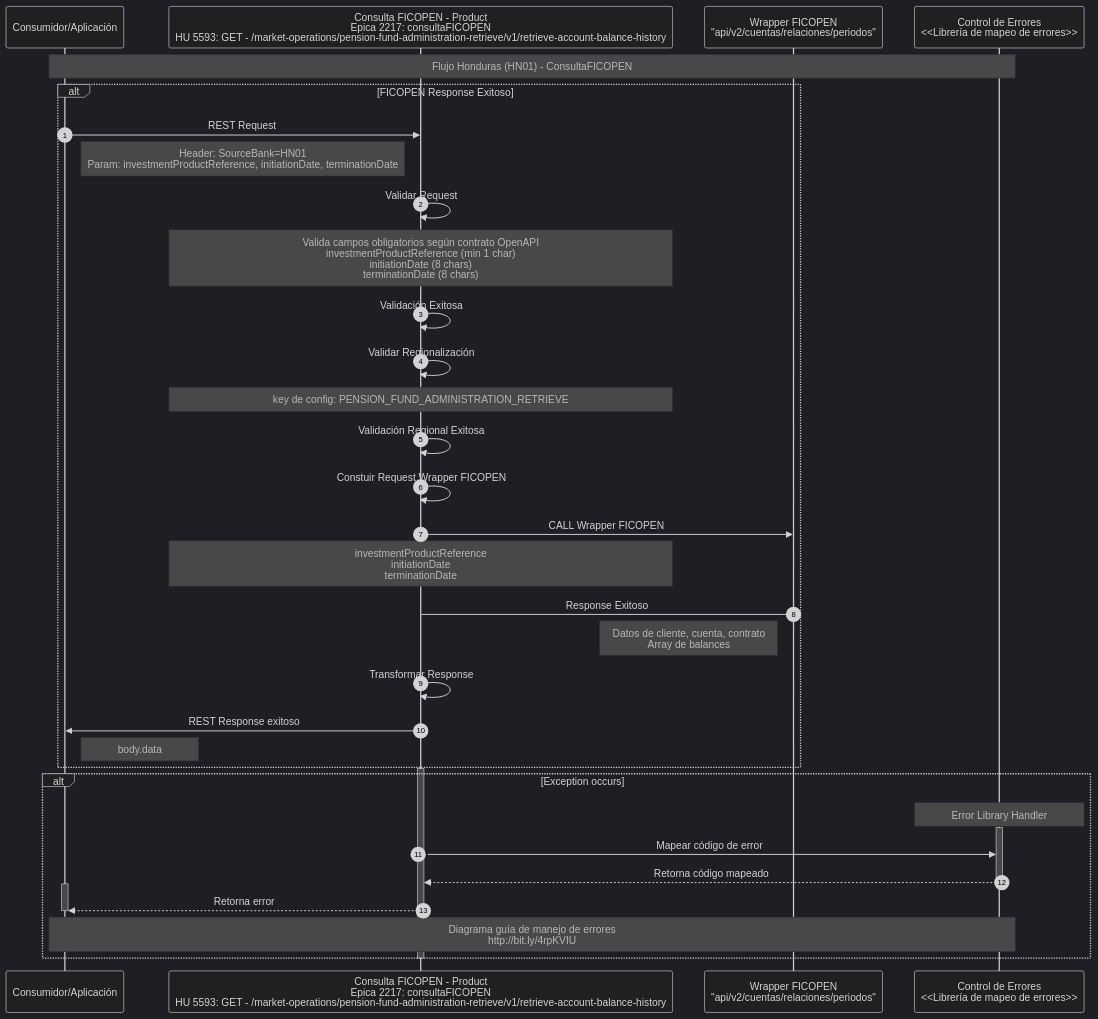
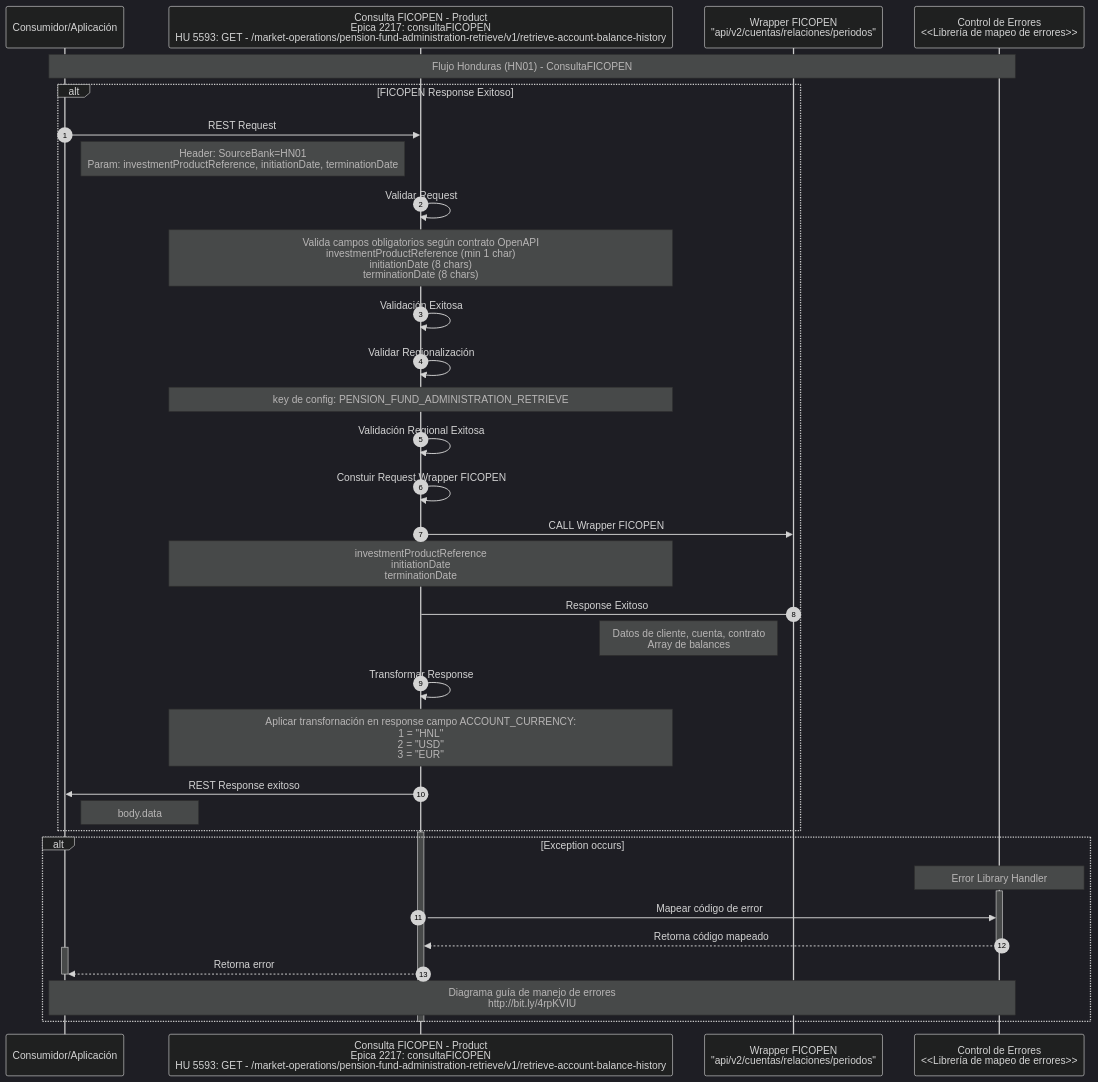
The diagram in ZMigrationFeature/ConsultaFICOPEN/TO-BE-04-Secuencia-HN01.mmd (jmolano10/ficohsa-capa-media), drawn with Mermaid (dark theme) before and after one commit. The commit also changed 1 other file, not shown here.

Commit message:
feat(docs): update sequence diagrams for API transformations and validations
- Add transformation note for ACCOUNT_CURRENCY field in ConsultaFICOPEN diagram (mapping 1=HNL, 2=USD, 3=EUR)
- Correct validation note in ConsultaInformacionLaboral diagram from investmentProductReference to accountNumber to match OpenAPI contract

```diff
--- a/ZMigrationFeature/ConsultaFICOPEN/TO-BE-04-Secuencia-HN01.mmd
+++ b/ZMigrationFeature/ConsultaFICOPEN/TO-BE-04-Secuencia-HN01.mmd
@@ -1,50 +1,51 @@
 sequenceDiagram
     autonumber
     participant Consumidor as Consumidor/Aplicación
     participant API as Consulta FICOPEN - Product <br> Epica 2217: consultaFICOPEN <br> HU 5593:  GET - /market-operations/pension-fund-administration-retrieve/v1/retrieve-account-balance-history
     participant WFP as Wrapper FICOPEN <br> "api/v2/cuentas/relaciones/periodos"
     participant Errors as Control de Errores <br/> <<Librería de mapeo de errores>>
 
     Note over Consumidor, Errors: Flujo Honduras (HN01) - ConsultaFICOPEN
 
     alt FICOPEN Response Exitoso
         Consumidor->>API: REST Request
         Note right of Consumidor: Header: SourceBank=HN01 <br/> Param: investmentProductReference, initiationDate, terminationDate
 
         API->>API: Validar Request
         Note over API: Valida campos obligatorios según contrato OpenAPI <br/>investmentProductReference (min 1 char) <br/> initiationDate (8 chars) <br/> terminationDate (8 chars)
 
         API->>API: Validación Exitosa
 
         API->>API: Validar Regionalización
         Note over API: key de config: PENSION_FUND_ADMINISTRATION_RETRIEVE
 
         API->>API: Validación Regional Exitosa
 
         API->>API: Constuir Request Wrapper FICOPEN
 
         API->>WFP: CALL Wrapper FICOPEN
         Note over API: investmentProductReference <br> initiationDate <br> terminationDate
 
         WFP->API: Response Exitoso
         Note left of WFP: Datos de cliente, cuenta, contrato<br/>Array de balances
 
         API->>API: Transformar Response
+         Note over API: Aplicar transfornación en response campo ACCOUNT_CURRENCY: <br> 1 = "HNL"  <br> 2 = "USD" <br> 3 = "EUR" 
 
         API->>Consumidor: REST Response exitoso
         Note right of Consumidor: body.data
     end
 
     activate API
     alt Exception occurs
         note over Errors: Error Library Handler
         activate Errors
             API->> Errors: Mapear código de error
             Errors -->> API: Retorna código mapeado
         deactivate Errors
         activate Consumidor
             API-->> Consumidor: Retorna error
         deactivate Consumidor
         Note over Consumidor,Errors: Diagrama guía de manejo de errores <br> http://bit.ly/4rpKVIU
     end
     deactivate API
```
